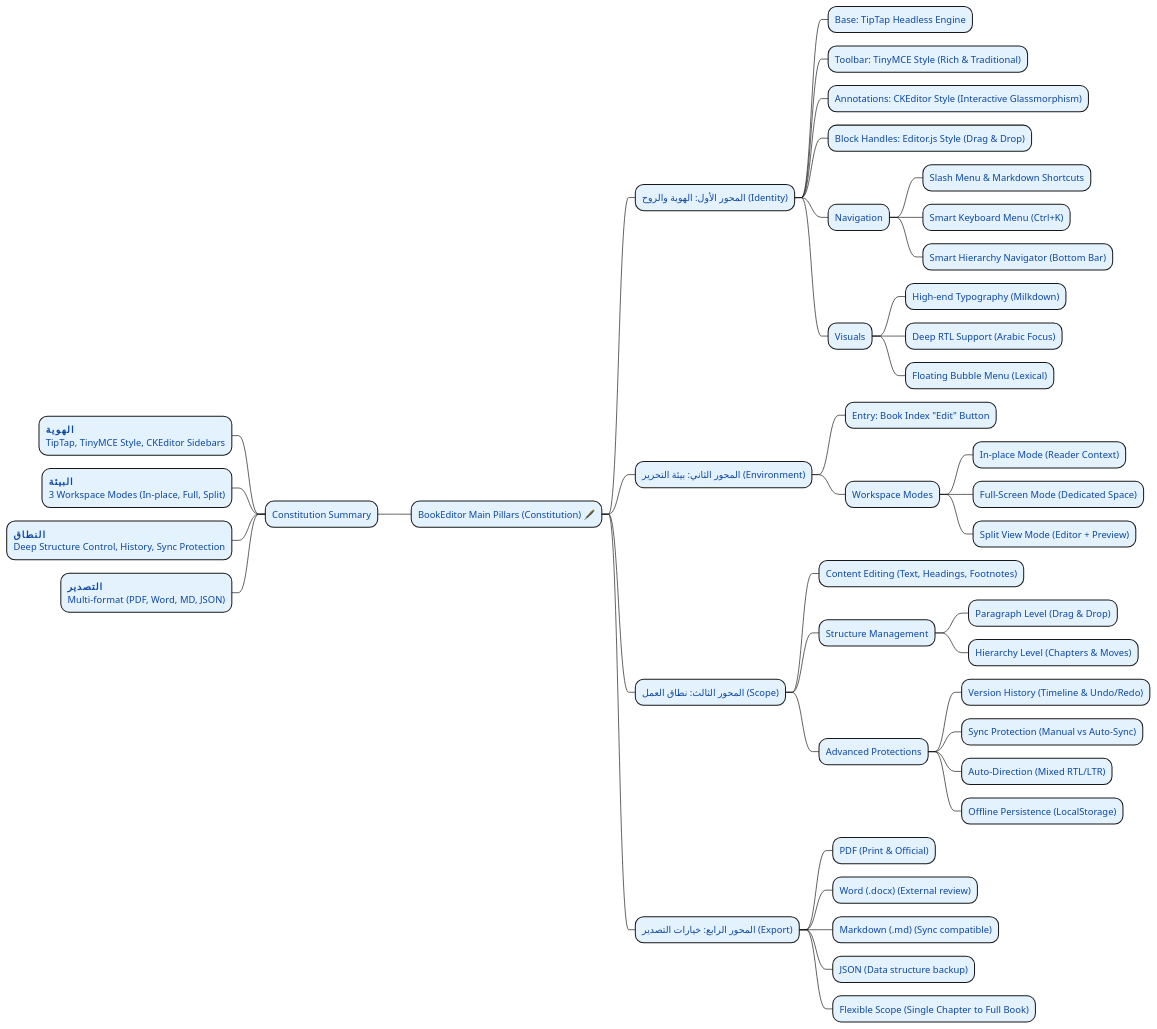
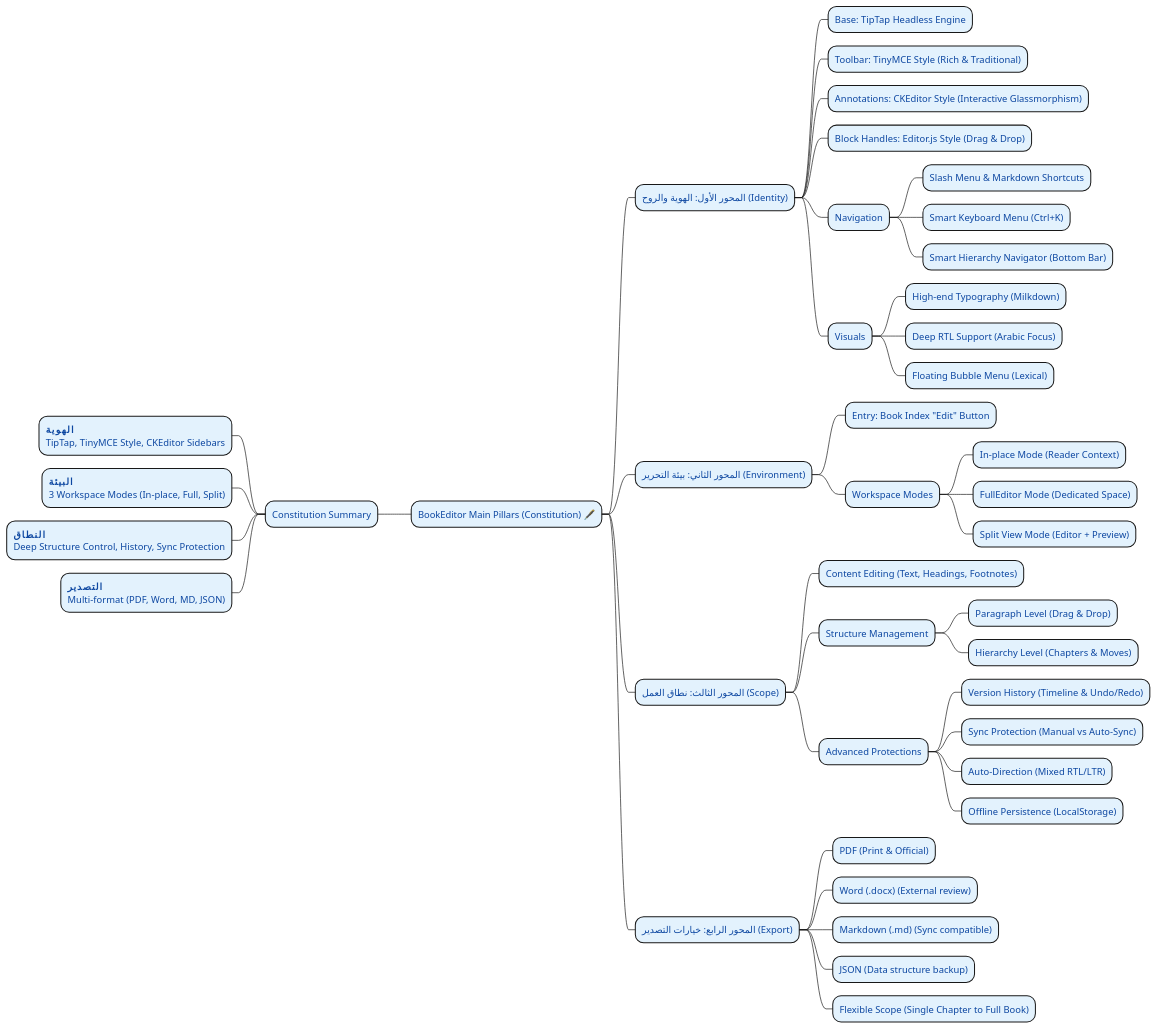
Before and after one commit to ZaiddCloud/Entity: the diagram in docs/book_editor_discussion.puml, drawn with PlantUML. The commit also changed 1 other file, not shown here.

Commit message:
docs: rename Full-screen Mode to FullEditor Mode in constitution

```diff
--- a/docs/book_editor_discussion.puml
+++ b/docs/book_editor_discussion.puml
@@ -1,73 +1,73 @@
 @startmindmap
 <style>
 mindmapDiagram {
     node {
         BackgroundColor #E3F2FD
         BorderColor #1976D2
         FontColor #0D47A1
     }
     .pillar {
         BackgroundColor #FFF9C4
         BorderColor #FBC02D
     }
     .constitution {
         BackgroundColor #E8F5E9
         BorderColor #388E3C
         FontColor #1B5E20
     }
 }
 </style>
 
 * BookEditor Main Pillars (Constitution) 🖋️
 ** المحور الأول: الهوية والروح (Identity)
 *** Base: TipTap Headless Engine
 *** Toolbar: TinyMCE Style (Rich & Traditional)
 *** Annotations: CKEditor Style (Interactive Glassmorphism)
 *** Block Handles: Editor.js Style (Drag & Drop)
 *** Navigation
 **** Slash Menu & Markdown Shortcuts
 **** Smart Keyboard Menu (Ctrl+K)
 **** Smart Hierarchy Navigator (Bottom Bar)
 *** Visuals
 **** High-end Typography (Milkdown)
 **** Deep RTL Support (Arabic Focus)
 **** Floating Bubble Menu (Lexical)
 
 ** المحور الثاني: بيئة التحرير (Environment)
 *** Entry: Book Index "Edit" Button
 *** Workspace Modes
 **** In-place Mode (Reader Context)
-**** Full-Screen Mode (Dedicated Space)
+**** FullEditor Mode (Dedicated Space)
 **** Split View Mode (Editor + Preview)
 
 ** المحور الثالث: نطاق العمل (Scope)
 *** Content Editing (Text, Headings, Footnotes)
 *** Structure Management
 **** Paragraph Level (Drag & Drop)
 **** Hierarchy Level (Chapters & Moves)
 *** Advanced Protections
 **** Version History (Timeline & Undo/Redo)
 **** Sync Protection (Manual vs Auto-Sync)
 **** Auto-Direction (Mixed RTL/LTR)
 **** Offline Persistence (LocalStorage)
 
 ** المحور الرابع: خيارات التصدير (Export)
 *** PDF (Print & Official)
 *** Word (.docx) (External review)
 *** Markdown (.md) (Sync compatible)
 *** JSON (Data structure backup)
 *** Flexible Scope (Single Chapter to Full Book)
 
 left side
 
 ** Constitution Summary
 ***:<b>الهوية</b>
 TipTap, TinyMCE Style, CKEditor Sidebars;
 ***:<b>البيئة</b>
 3 Workspace Modes (In-place, Full, Split);
 ***:<b>النطاق</b>
 Deep Structure Control, History, Sync Protection;
 ***:<b>التصدير</b>
 Multi-format (PDF, Word, MD, JSON);
 
 @endmindmap
```
